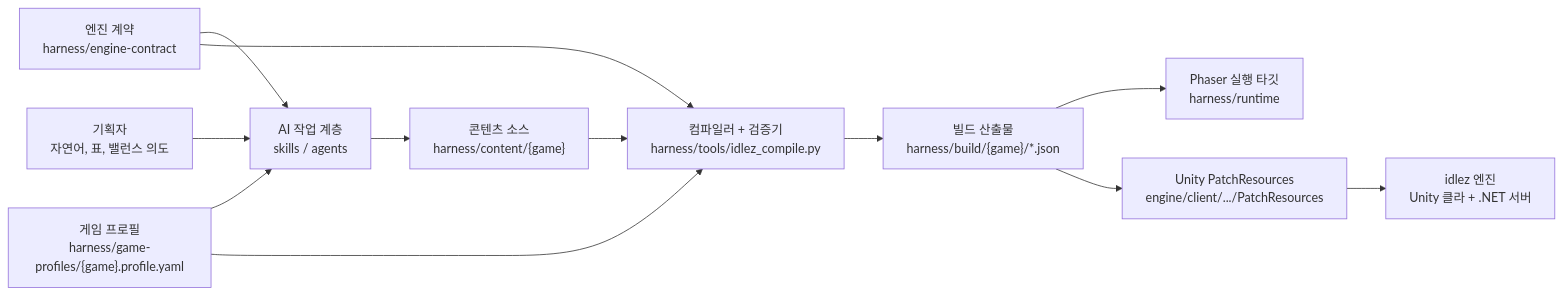
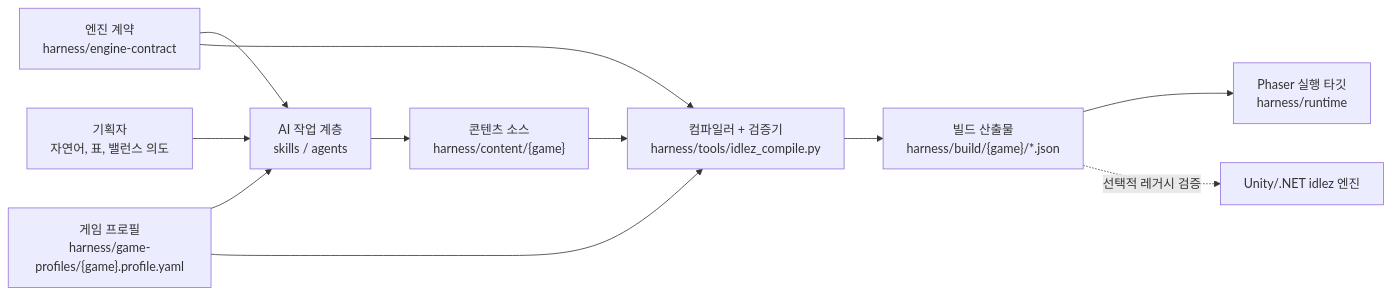
The first of 7 diagrams in README.md (realcom/idle-generator), drawn with Mermaid before and after one commit. The commit also changed other lines of this file, not shown here.

````diff
--- a/README.md
+++ b/README.md
@@ -9,14 +11,13 @@
 ```mermaid
 flowchart LR
     Planner["기획자\n자연어, 표, 밸런스 의도"] --> AI["AI 작업 계층\nskills / agents"]
     AI --> Source["콘텐츠 소스\nharness/content/{game}"]
     Contract["엔진 계약\nharness/engine-contract"] --> AI
     Profile["게임 프로필\nharness/game-profiles/{game}.profile.yaml"] --> AI
     Contract --> Compiler["컴파일러 + 검증기\nharness/tools/idlez_compile.py"]
     Profile --> Compiler
     Source --> Compiler
     Compiler --> Build["빌드 산출물\nharness/build/{game}/*.json"]
     Build --> Runtime["Phaser 실행 타깃\nharness/runtime"]
-    Build --> Patch["Unity PatchResources\nengine/client/.../PatchResources"]
-    Patch --> Engine["idlez 엔진\nUnity 클라 + .NET 서버"]
+    Build -. 선택적 레거시 검증 .-> Engine["Unity/.NET idlez 엔진"]
 ```
````
